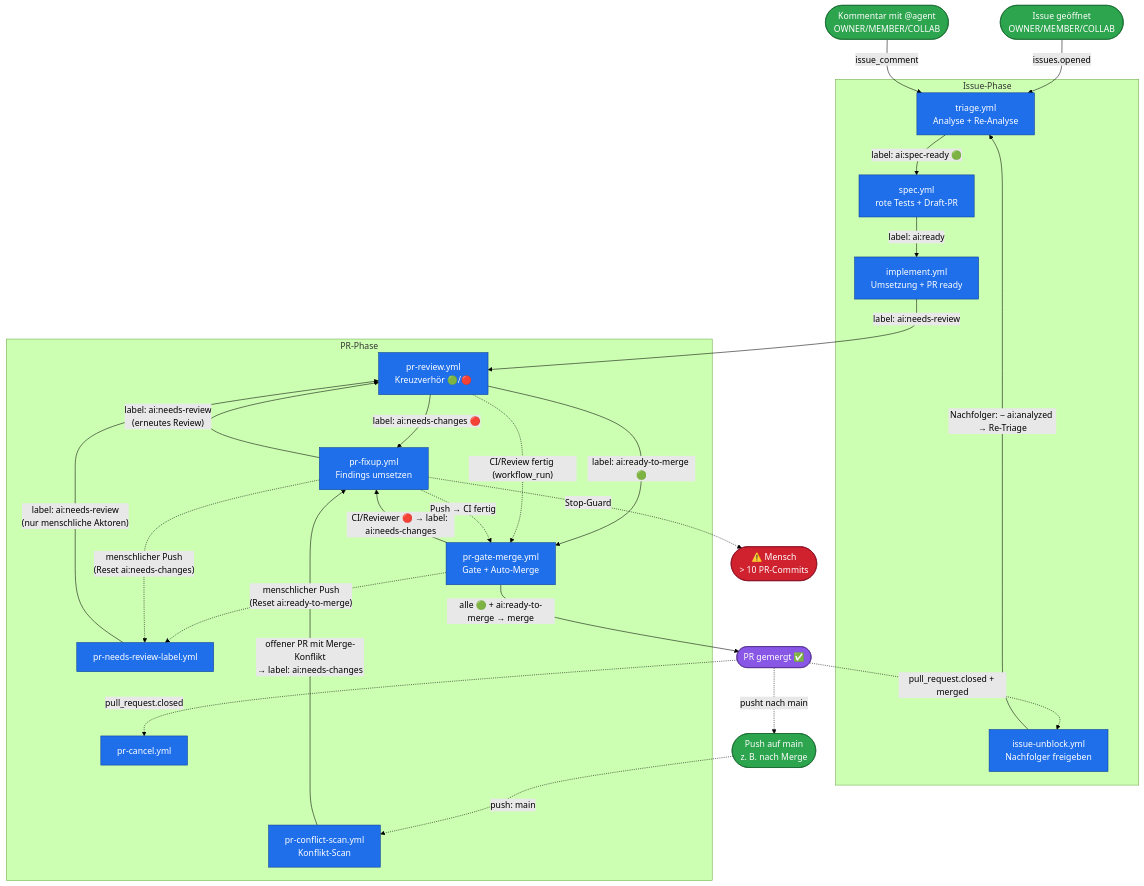
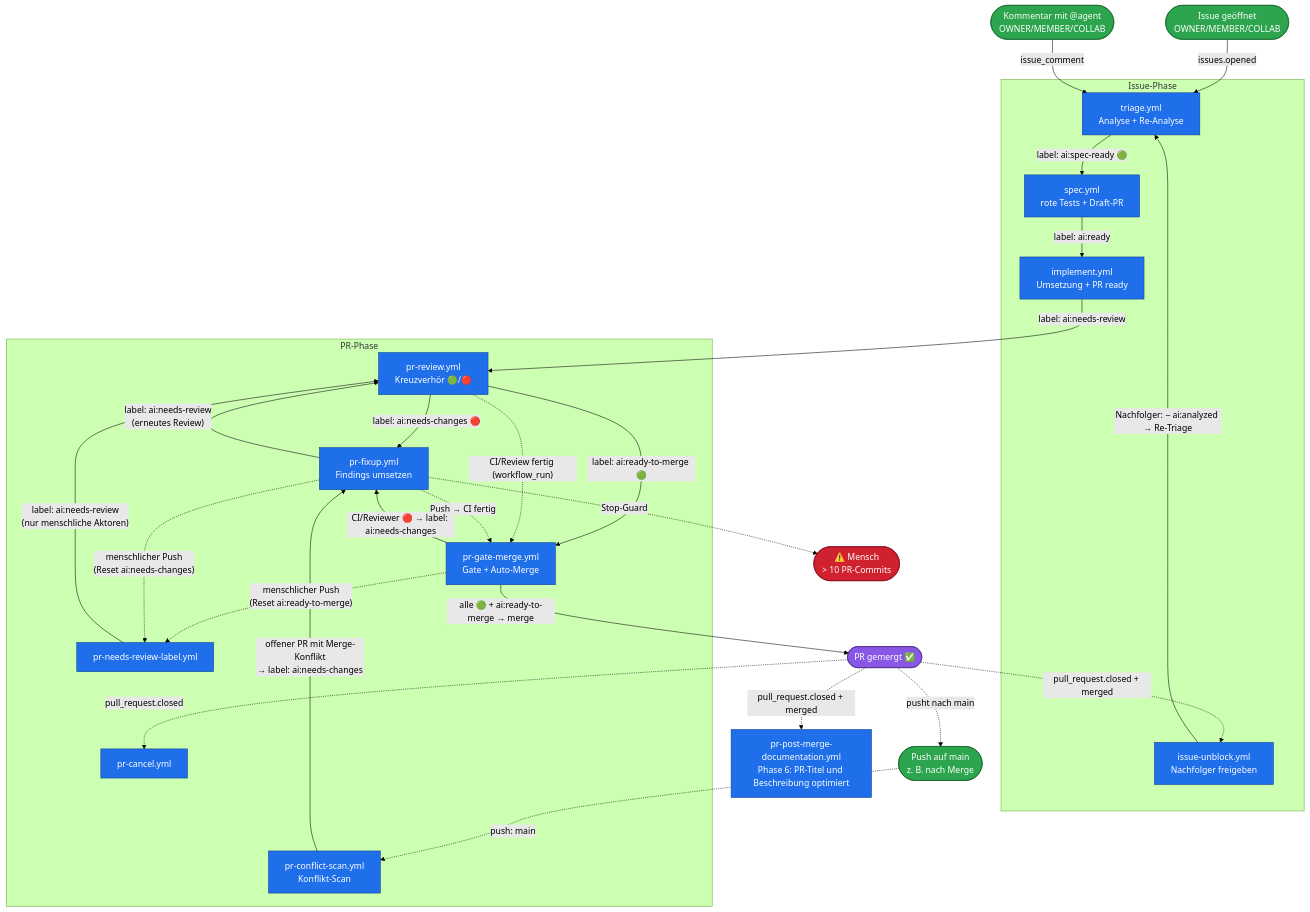
The diagram in docs/pipeline-flow.md (deleonio/priority-pilot), drawn with Mermaid (forest theme) before and after one commit. The commit also changed 1 other file, not shown here.

Commit message:
docs: PR-Documenter als 6. Phase in Doku & Phasen-Diagramm (#513)
- AGENTS.md: 6. Phasenzeile (PR-Documenter, deterministisch post-Merge) +
  konsistente Sechs-Phasen-Zählung statt verwaister 5er-Menge
- docs/pipeline-flow.md: Mermaid-Knoten Phase 6 nach PR-Merge

````diff
--- a/docs/pipeline-flow.md
+++ b/docs/pipeline-flow.md
@@ -9,75 +9,77 @@
 ```mermaid
 flowchart TD
     %% ====== Eintritt ======
     start([Issue geöffnet<br/>OWNER/MEMBER/COLLAB]):::evt
     cmt([Kommentar mit @agent<br/>OWNER/MEMBER/COLLAB]):::evt
     pushmain([Push auf main<br/>z. B. nach Merge]):::evt
 
     %% ====== Issue-Phase ======
     subgraph ISSUE [Issue-Phase]
         triage[triage.yml<br/>Analyse + Re-Analyse]:::wf
         spec[spec.yml<br/>rote Tests + Draft-PR]:::wf
         implement[implement.yml<br/>Umsetzung + PR ready]:::wf
         unblock[issue-unblock.yml<br/>Nachfolger freigeben]:::wf
     end
 
     %% ====== PR-Phase ======
     subgraph PR [PR-Phase]
         autolabel[pr-needs-review-label.yml]:::wf
         review[pr-review.yml<br/>Kreuzverhör 🟢/🔴]:::wf
         fixup[pr-fixup.yml<br/>Findings umsetzen]:::wf
         gatemerge[pr-gate-merge.yml<br/>Gate + Auto-Merge]:::wf
         cancel[pr-cancel.yml]:::wf
         conflictscan[pr-conflict-scan.yml<br/>Konflikt-Scan]:::wf
     end
 
     merged([PR gemergt ✅]):::done
+    docpr[pr-post-merge-documentation.yml<br/>Phase 6: PR-Titel und Beschreibung optimiert]:::wf
     human([⚠️ Mensch<br/>> 10 PR-Commits]):::stop
 
     %% ---- Issue-Trigger ----
     start -->|issues.opened| triage
     cmt -->|issue_comment| triage
     triage -->|"label: ai:spec-ready 🟢"| spec
     spec -->|"label: ai:ready"| implement
 
     %% ---- Übergang Issue -> PR (implement setzt ai:needs-review SELBST als kontrollierten
     %% letzten Schritt — pr-needs-review-label.yml reagiert bewusst NICHT auf bot-erzeugte
     %% Draft→ready-Uebergaenge, nur auf menschliche PR-Erstellung/-Freigabe) ----
     implement -->|"label: ai:needs-review"| review
 
     %% ---- Push-Reset-Pfad (jeder menschliche Push auf den PR-Branch) + menschlich erstellte PRs ----
     gatemerge -.->|"menschlicher Push<br/>(Reset ai:ready-to-merge)"| autolabel
     fixup -.->|"menschlicher Push<br/>(Reset ai:needs-changes)"| autolabel
     autolabel -->|"label: ai:needs-review<br/>(nur menschliche Aktoren)"| review
 
     %% ---- Review-Verzweigung ----
     review -->|"label: ai:needs-changes 🔴"| fixup
     review -->|"label: ai:ready-to-merge 🟢"| gatemerge
 
     %% ---- Fixup-Schleife ----
     fixup -->|"label: ai:needs-review<br/>(erneutes Review)"| review
     fixup -.->|"Stop-Guard"| human
 
     %% ---- Deterministisches Gate (workflow_run) ----
     review -.->|"CI/Review fertig (workflow_run)"| gatemerge
     fixup -.->|"Push → CI fertig"| gatemerge
     gatemerge -->|"CI/Reviewer 🔴 → label: ai:needs-changes"| fixup
     gatemerge -->|"alle 🟢 + ai:ready-to-merge → merge"| merged
 
     %% ---- Abschluss ----
     merged -.->|pull_request.closed| cancel
+    merged -.->|"pull_request.closed + merged"| docpr
 
     %% ---- Merge-getriebenes Unblocking aufeinander aufbauender Issues ----
     merged -.->|"pull_request.closed + merged"| unblock
     unblock -->|"Nachfolger: − ai:analyzed → Re-Triage"| triage
 
     %% ---- Konflikt-Scan bei Push auf main (z. B. nach Merge) ----
     merged -.->|"pusht nach main"| pushmain
     pushmain -.->|"push: main"| conflictscan
     conflictscan -->|"offener PR mit Merge-Konflikt<br/>→ label: ai:needs-changes"| fixup
 
     classDef wf fill:#1f6feb,stroke:#0b3d91,color:#fff;
     classDef evt fill:#2da44e,stroke:#116329,color:#fff;
     classDef done fill:#8957e5,stroke:#4c2889,color:#fff;
     classDef stop fill:#cf222e,stroke:#82071e,color:#fff;
 ```
````
